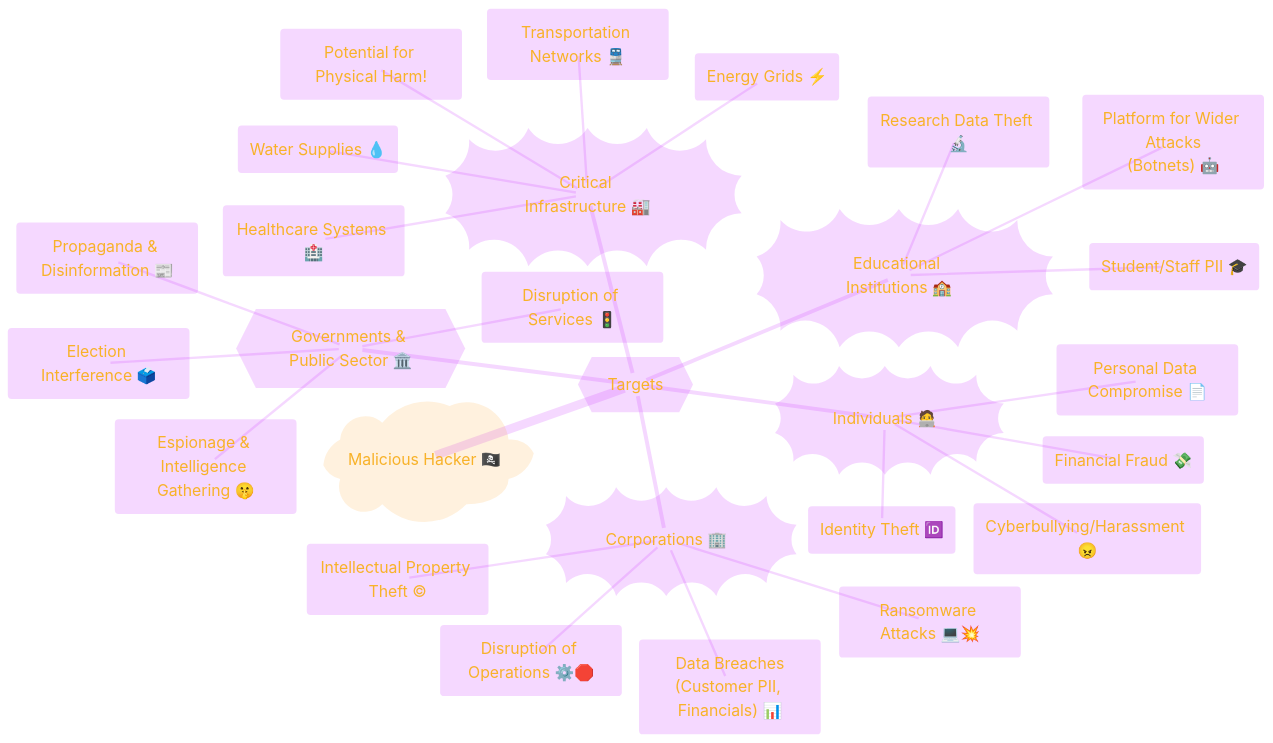
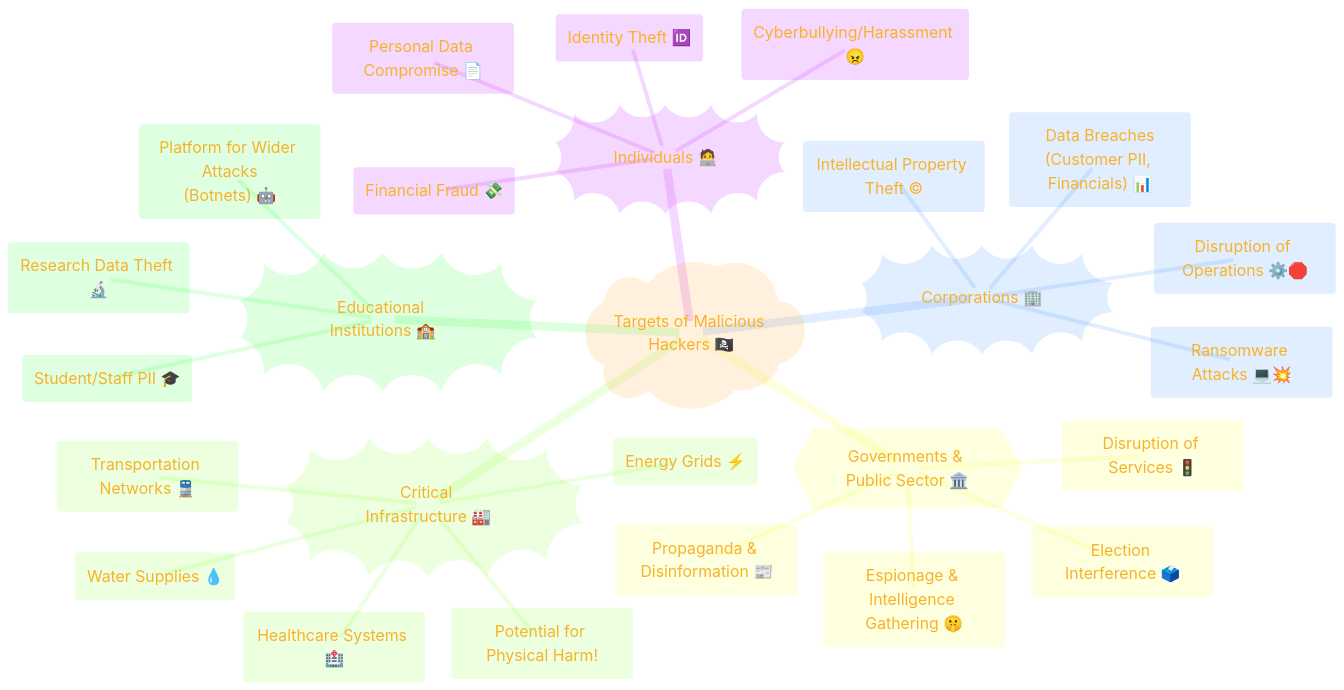
The third of 4 diagrams in Types_of_Hacking/Black_Hat.md (CongLeSolutionX/EthicaLumin), drawn with Mermaid before and after one commit.

Commit message:
update notes

````diff
--- a/Types_of_Hacking/Black_Hat.md
+++ b/Types_of_Hacking/Black_Hat.md
@@ -182,65 +182,64 @@
 ```mermaid
 ---
 title: "Common Targets of Malicious Attacks"
 author: "Cong Le"
 version: "1.0"
 license(s): "MIT, CC BY-SA 4.0"
 copyright: "Copyright (c) 2025 Cong Le. All Rights Reserved."
 config:
   theme: base
 ---
 %%%%%%%% Mermaid version v11.4.1-b.14
 %%{
   init: {
     'fontFamily': 'American Typewriter, monospace',
     'logLevel': 'fatal',
     'mindmap': {
 	    'nodeAlign': 'center',
 	    'padding': 20
     },
     'themeVariables': {
       'primaryColor': '#FC82',
       'primaryTextColor': '#F8B229',
       'primaryBorderColor': '#27AE60',
       'secondaryColor': '#EBF3',
       'secondaryTextColor': '#6C3483',
       'secondaryBorderColor': '#A569BD',
       'fontSize': '20px'
     }
   }
 }%%
 mindmap
-  root)"Malicious Hacker 🏴‍☠️"(
+  root)"Targets of Malicious Hackers 🏴‍☠️"(
     ::icon(fa fa-user-secret)
-    Targets{{"Targets"}}
-      Individuals))"Individuals 🧑‍💻"((
-        ::icon(fa fa-user)
-        ("Identity Theft 🆔")
-        ("Financial Fraud 💸")
-        ("Personal Data Compromise 📄")
-        ("Cyberbullying/Harassment 😠")
-      Corporations))"Corporations 🏢"}}
-        ::icon(fa fa-building)
-        ("Data Breaches<br/>(Customer PII, Financials) 📊")
-        (Intellectual Property Theft ©)
-        (Ransomware Attacks 💻💥)
-        (Disruption of Operations ⚙️🛑)
-      Governments_and_Public Sector{{"Governments & Public Sector 🏛️"((
-        ::icon(fa fa-landmark)
-        ("Espionage & Intelligence Gathering 🤫")
-        ("Disruption of Services 🚦")
-        ("Election Interference 🗳️")
-        ("Propaganda & Disinformation 📰")
-      Critical_Infrastructure))"Critical Infrastructure 🏭"((
-        ::icon(fa fa-industry)
-        ("Energy Grids ⚡")
-        ("Water Supplies 💧")
-        ("Healthcare Systems 🏥")
-        ("Transportation Networks 🚆")
-        ("Potential for Physical Harm!")
-      Educational_Institutions))"Educational Institutions 🏫"((
-        ::icon(fa fa-graduation-cap)
-        ("Research Data Theft 🔬")
-        ("Student/Staff PII 🎓")
-        ("Platform for Wider Attacks<br/>(Botnets) 🤖")
+    Individuals))"Individuals 🧑‍💻"((
+      ::icon(fa fa-user)
+      ("Identity Theft 🆔")
+      ("Financial Fraud 💸")
+      ("Personal Data Compromise 📄")
+      ("Cyberbullying/Harassment 😠")
+    Corporations))"Corporations 🏢"}}
+      ::icon(fa fa-building)
+      ("Data Breaches<br/>(Customer PII, Financials) 📊")
+      (Intellectual Property Theft ©)
+      (Ransomware Attacks 💻💥)
+      (Disruption of Operations ⚙️🛑)
+    Governments_and_Public Sector{{"Governments & Public Sector 🏛️"((
+      ::icon(fa fa-landmark)
+      ("Espionage & Intelligence Gathering 🤫")
+      ("Disruption of Services 🚦")
+      ("Election Interference 🗳️")
+      ("Propaganda & Disinformation 📰")
+    Critical_Infrastructure))"Critical Infrastructure 🏭"((
+      ::icon(fa fa-industry)
+      ("Energy Grids ⚡")
+      ("Water Supplies 💧")
+      ("Healthcare Systems 🏥")
+      ("Transportation Networks 🚆")
+      ("Potential for Physical Harm!")
+    Educational_Institutions))"Educational Institutions 🏫"((
+      ::icon(fa fa-graduation-cap)
+      ("Research Data Theft 🔬")
+      ("Student/Staff PII 🎓")
+      ("Platform for Wider Attacks<br/>(Botnets) 🤖")
 ```
````
